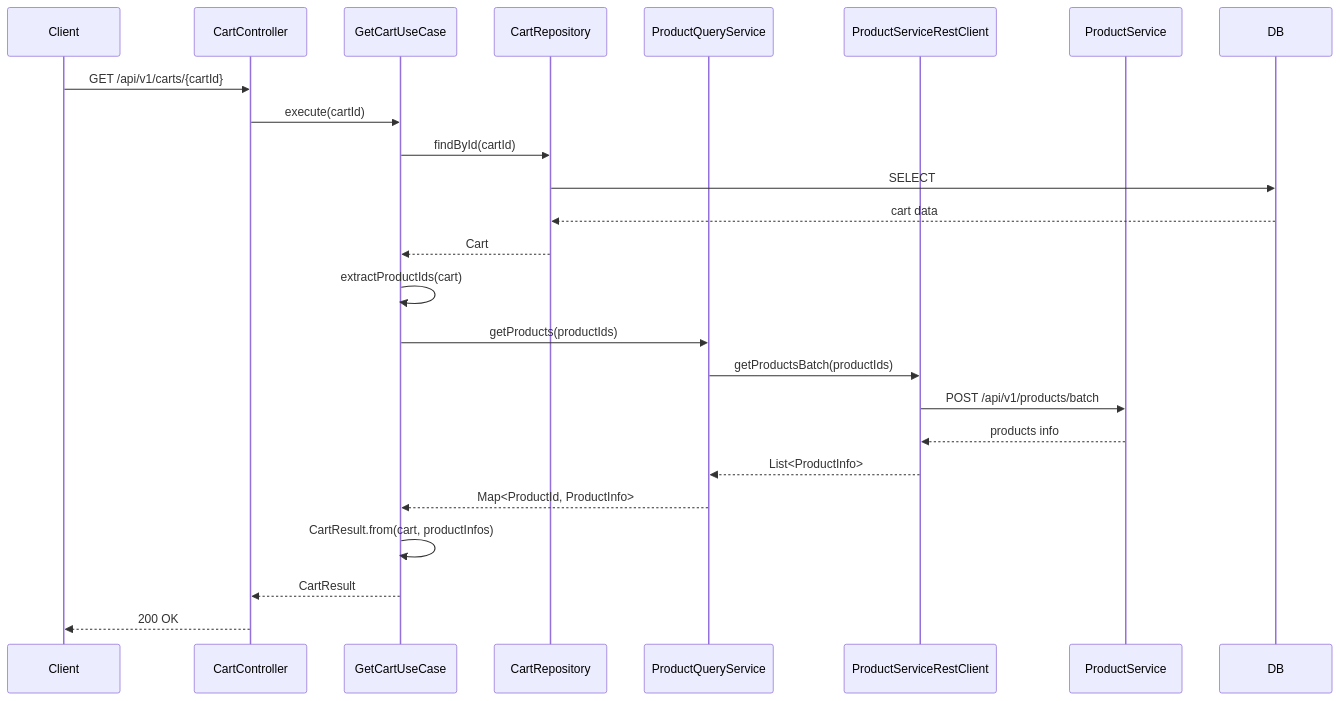
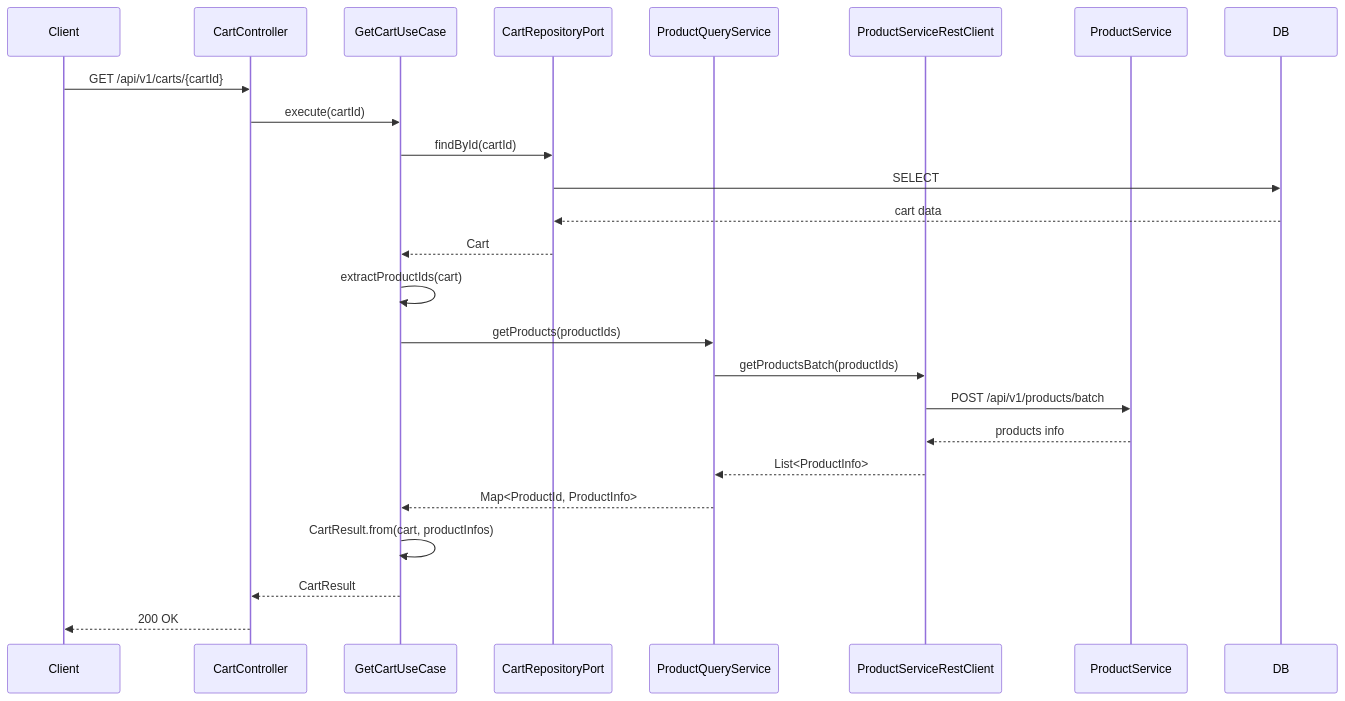
The fourth of 7 diagrams in purchasing-service/hexagonal/docs/sequence-diagrams.md (INNER-CIRCLE-ICD4/Project-3.-Commerce-2), drawn with Mermaid before and after one commit. The commit also changed other lines of this file, not shown here.

Commit message:
다이어그램에 반영

````diff
--- a/purchasing-service/hexagonal/docs/sequence-diagrams.md
+++ b/purchasing-service/hexagonal/docs/sequence-diagrams.md
@@ -138,33 +144,33 @@
 ```mermaid
 sequenceDiagram
     participant Client
     participant CartController
     participant GetCartUseCase
-    participant CartRepository
+    participant CartRepositoryPort
     participant ProductQueryService
     participant ProductServiceRestClient
     participant ProductService
     participant DB
 
     Client->>CartController: GET /api/v1/carts/{cartId}
     CartController->>GetCartUseCase: execute(cartId)
     
     %% 장바구니 조회
-    GetCartUseCase->>CartRepository: findById(cartId)
-    CartRepository->>DB: SELECT
-    DB-->>CartRepository: cart data
-    CartRepository-->>GetCartUseCase: Cart
+    GetCartUseCase->>CartRepositoryPort: findById(cartId)
+    CartRepositoryPort->>DB: SELECT
+    DB-->>CartRepositoryPort: cart data
+    CartRepositoryPort-->>GetCartUseCase: Cart
     
     %% 상품 정보 배치 조회 (선택적)
     GetCartUseCase->>GetCartUseCase: extractProductIds(cart)
     GetCartUseCase->>ProductQueryService: getProducts(productIds)
     ProductQueryService->>ProductServiceRestClient: getProductsBatch(productIds)
     ProductServiceRestClient->>ProductService: POST /api/v1/products/batch
     ProductService-->>ProductServiceRestClient: products info
     ProductServiceRestClient-->>ProductQueryService: List<ProductInfo>
     ProductQueryService-->>GetCartUseCase: Map<ProductId, ProductInfo>
     
     GetCartUseCase->>GetCartUseCase: CartResult.from(cart, productInfos)
     GetCartUseCase-->>CartController: CartResult
     CartController-->>Client: 200 OK
 ```
````
